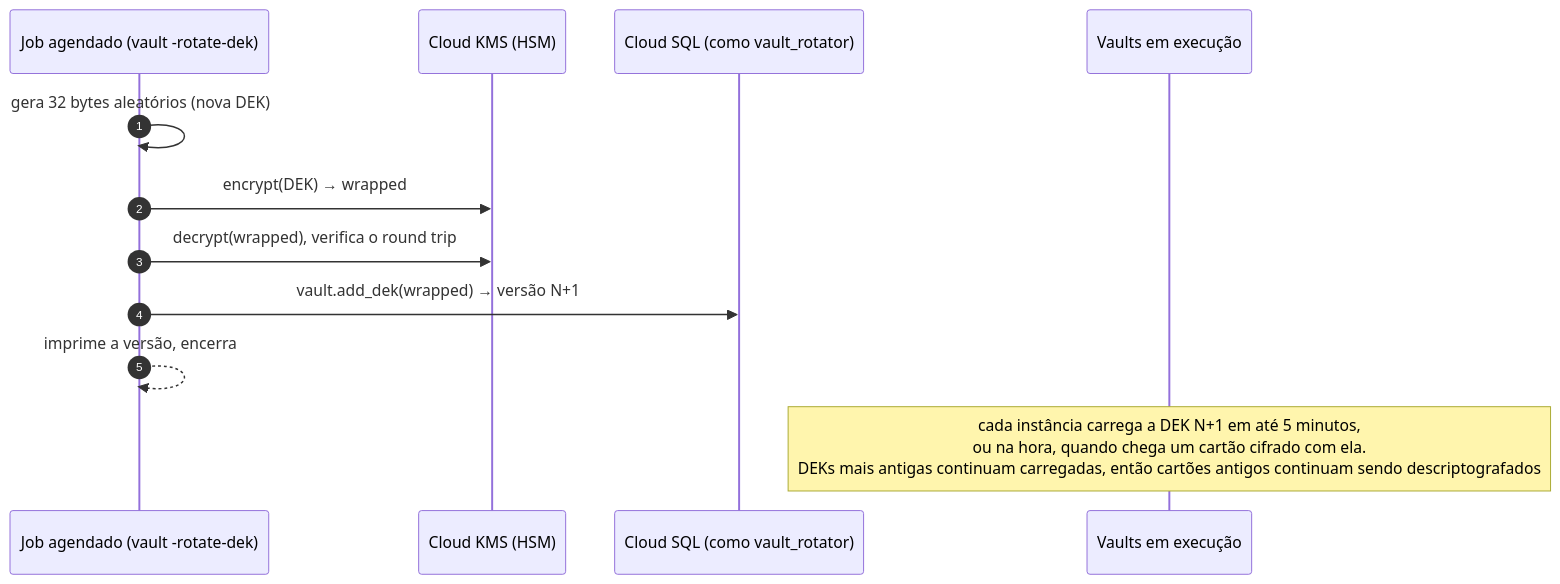
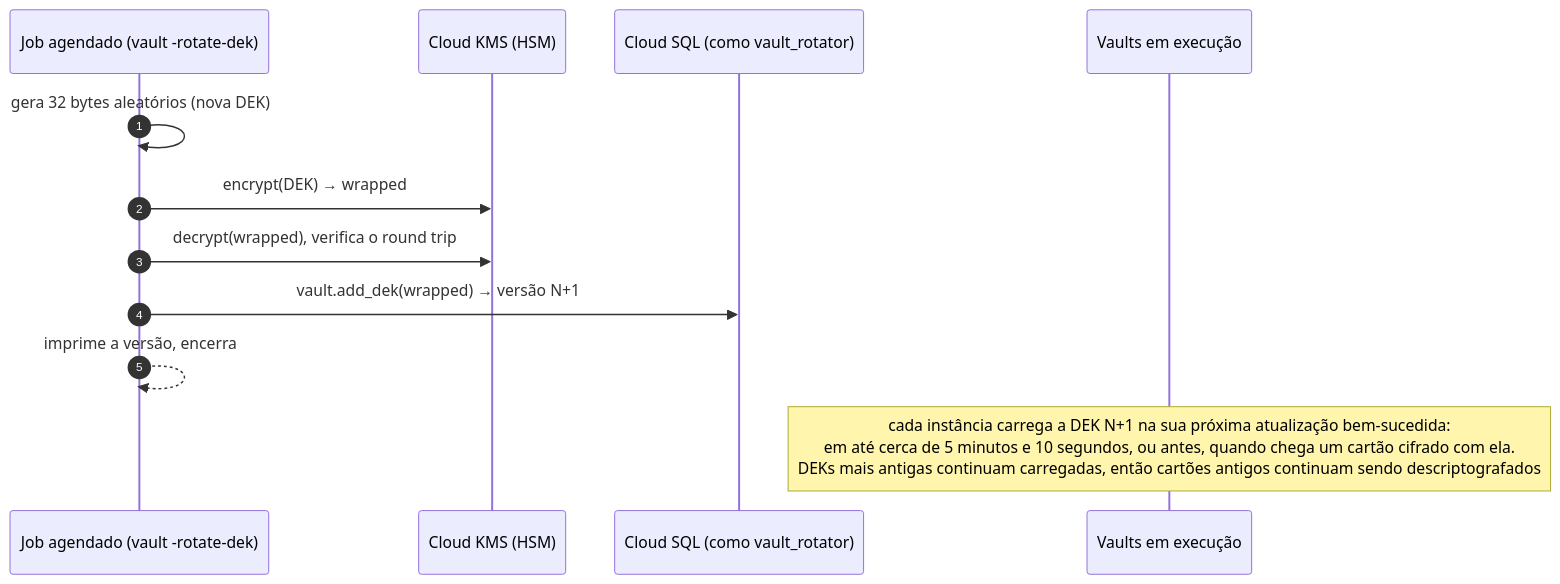
Diagram 11 of 11 in README.pt-BR.md (camcima/tokenizer), drawn with Mermaid before and after one commit. The commit also changed other lines of this file and 30 other files, not shown here.

````diff
--- a/README.pt-BR.md
+++ b/README.pt-BR.md
@@ -681,15 +683,15 @@
 ```mermaid
 sequenceDiagram
     autonumber
     participant J as Job agendado (vault -rotate-dek)
     participant KMS as Cloud KMS (HSM)
     participant DB as Cloud SQL (como vault_rotator)
     participant V as Vaults em execução
 
     J->>J: gera 32 bytes aleatórios (nova DEK)
     J->>KMS: encrypt(DEK) → wrapped
     J->>KMS: decrypt(wrapped), verifica o round trip
     J->>DB: vault.add_dek(wrapped) → versão N+1
     J-->>J: imprime a versão, encerra
-    Note over V: cada instância carrega a DEK N+1 em até 5 minutos,<br/>ou na hora, quando chega um cartão cifrado com ela.<br/>DEKs mais antigas continuam carregadas, então cartões antigos continuam sendo descriptografados
+    Note over V: cada instância carrega a DEK N+1 na sua próxima atualização bem-sucedida:<br/>em até cerca de 5 minutos e 10 segundos, ou antes, quando chega um cartão cifrado com ela.<br/>DEKs mais antigas continuam carregadas, então cartões antigos continuam sendo descriptografados
 ```
````
